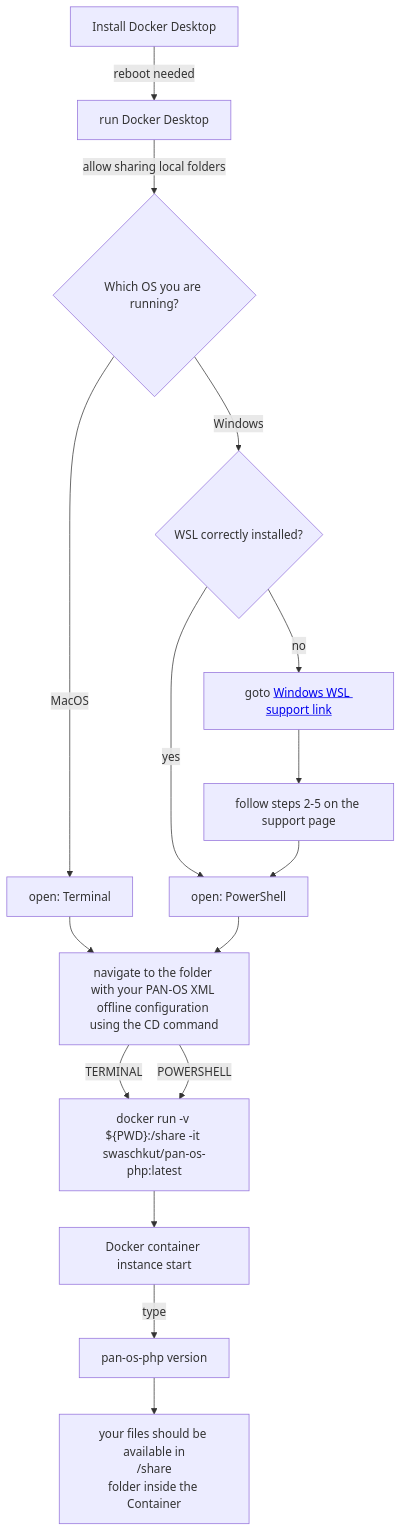
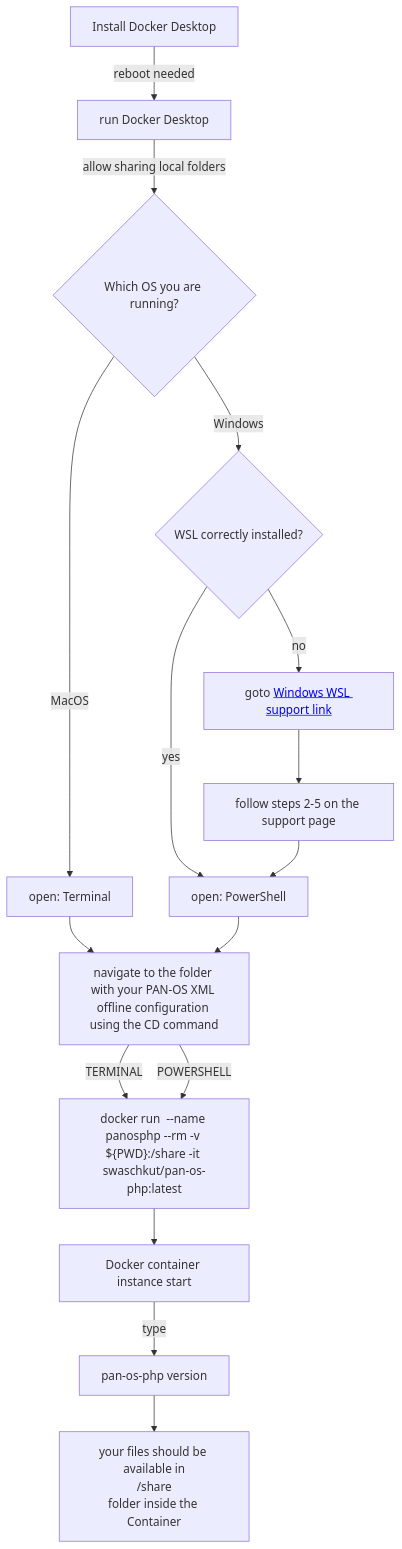
The diagram in READMEdocker.md (PaloAltoNetworks/pan-os-php), drawn with Mermaid before and after one commit. The commit also changed other lines of this file and 1 other file, not shown here.

````diff
--- a/READMEdocker.md
+++ b/READMEdocker.md
@@ -4,39 +4,39 @@
 ```mermaid
 graph TD
     
     
     BB[Install Docker Desktop] -->|reboot needed| BB1
     BB1[run Docker Desktop] -->|allow sharing local folders| CC1[which OS]
     
     
     CC1{Which OS you are running?} -->|MacOS| B1[open: Terminal]
     CC1{Which OS you are running?} -->|Windows| C1[check Docker]
     
     
     B1 --> Z1[navigate to the folder with your PAN-OS XML offline configuration using the CD command]
        
  
     
     C1{WSL correctly installed?} -->|yes| F2[open: PowerShell]
     C1{WSL correctly installed?} -->|no| C3[goto <a href='https://docs.microsoft.com/en-gb/windows/wsl/install-manual'>Windows WSL support link</a>]
     
    
     
     C3 --> C7[follow steps 2-5 on the support page]    
     C7 --> F2[open: PowerShell]
 
    
    
     F2 --> Z1[navigate to the folder with your PAN-OS XML offline configuration using the CD command]
     
     
-    Z1 -->|TERMINAL| K1["docker run -v ${PWD}:/share -it swaschkut/pan-os-php:latest"]
-    Z1 -->|POWERSHELL| K1["docker run -v ${PWD}:/share -it swaschkut/pan-os-php:latest"]
+    Z1 -->|TERMINAL| K1["docker run  --name panosphp --rm -v ${PWD}:/share -it swaschkut/pan-os-php:latest"]
+    Z1 -->|POWERSHELL| K1["docker run  --name panosphp --rm -v ${PWD}:/share -it swaschkut/pan-os-php:latest"]
     
   
     
     K1 --> K3[Docker container instance start]
     K3 -->|type| R[pan-os-php version]
     
     R --> S[your files should be available in<br />/share<br />folder inside the Container]
 ```
````
